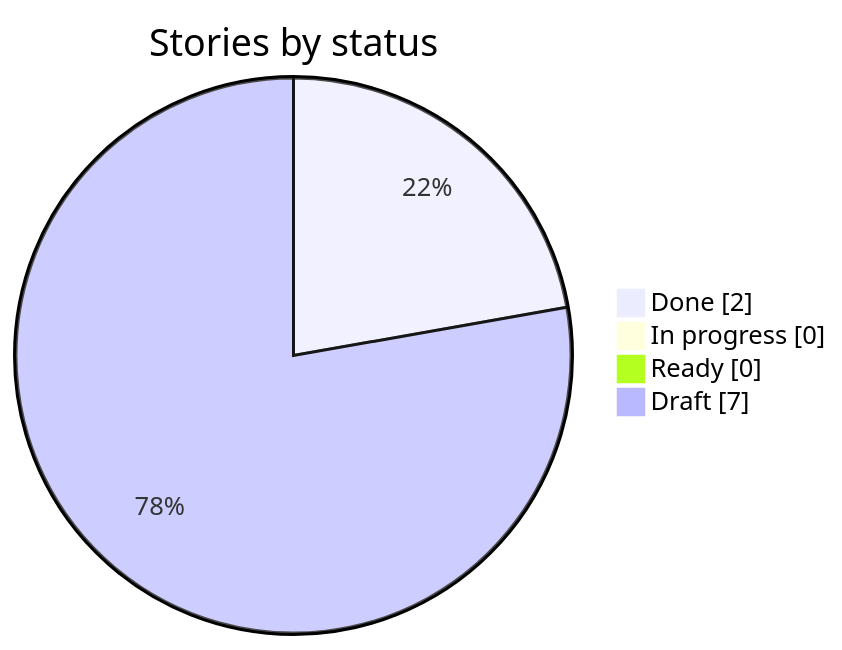
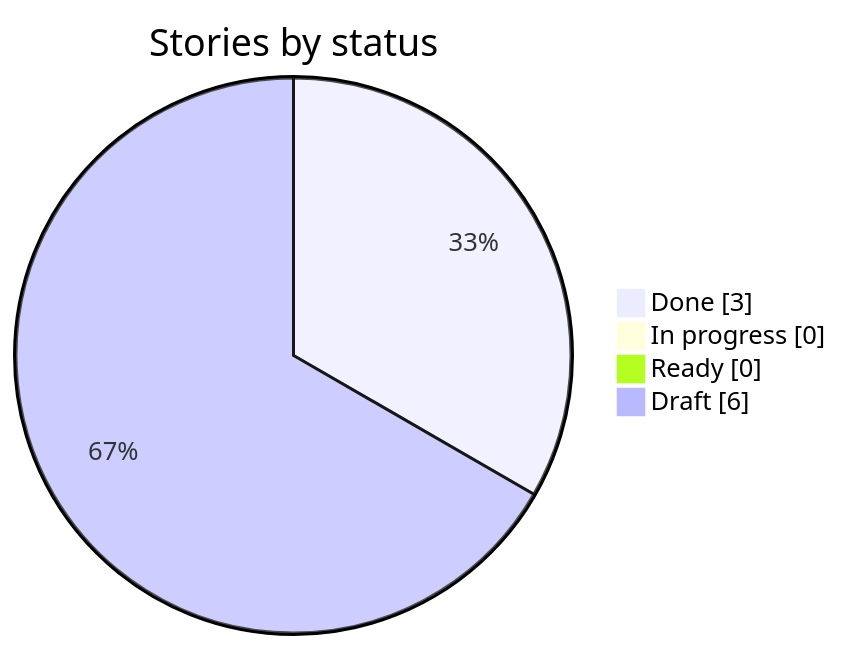
Before and after one commit to HebaGaber/oracle-property-intelligence-platform-pipeline-travis-tx: the first of 2 diagrams in docs/progress.md, drawn with Mermaid. The commit also changed other lines of this file and 1 other file, not shown here.

Commit message:
A-03: update progress; draft PR body

````diff
--- a/docs/progress.md
+++ b/docs/progress.md
@@ -9,7 +9,7 @@
 ```mermaid
 pie showData title Stories by status
-  "Done" : 2
+  "Done" : 3
   "In progress" : 0
   "Ready" : 0
-  "Draft" : 7
+  "Draft" : 6
 ```
````
